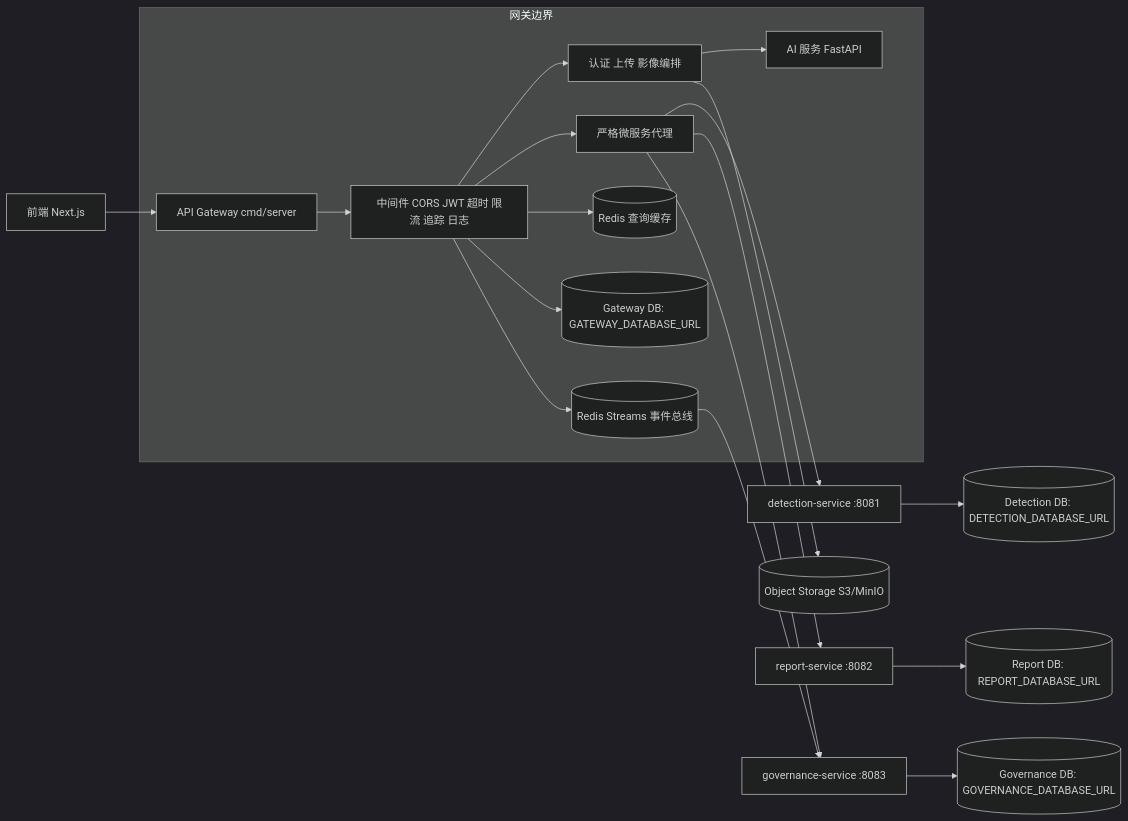
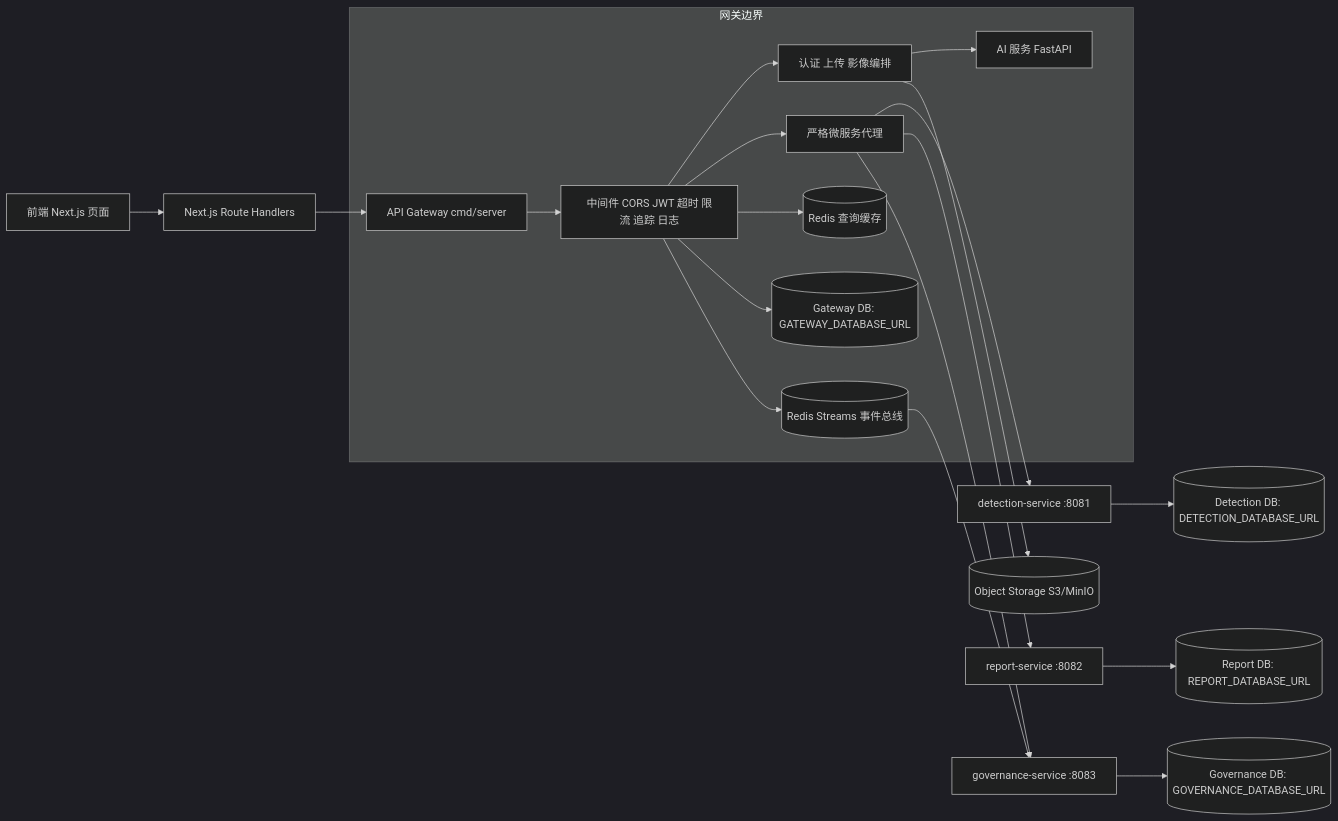
Before and after one commit to laixinyu/cancer-detection-system: the first of 3 diagrams in backend-go/MICROSERVICES.md, drawn with Mermaid (dark theme). The commit also changed other lines of this file, not shown here.

Commit message:
docs(backend-go): add BFF layer to microservices architecture diagrams

````diff
--- a/backend-go/MICROSERVICES.md
+++ b/backend-go/MICROSERVICES.md
@@ -12,24 +12,25 @@
 ```mermaid
 graph LR
-  FE[前端 Next.js] --> GW[API Gateway cmd/server]
+  FE[前端 Next.js 页面] --> BFF[Next.js Route Handlers]
+  BFF --> GW[API Gateway cmd/server]
 
   subgraph GatewayBoundary[网关边界]
     GW --> MW[中间件 CORS JWT 超时 限流 追踪 日志]
     MW --> ORCH[认证 上传 影像编排]
     MW --> PROXY[严格微服务代理]
     ORCH --> AI[AI 服务 FastAPI]
     MW --> CACHE[(Redis 查询缓存)]
     MW --> GDB[(Gateway DB: GATEWAY_DATABASE_URL)]
     MW --> BUS[(Redis Streams 事件总线)]
   end
 
   PROXY --> DET[detection-service :8081]
   PROXY --> REP[report-service :8082]
   PROXY --> GOV[governance-service :8083]
 
   DET --> DDB[(Detection DB: DETECTION_DATABASE_URL)]
   REP --> RDB[(Report DB: REPORT_DATABASE_URL)]
   GOV --> VDB[(Governance DB: GOVERNANCE_DATABASE_URL)]
   ORCH --> OBJ[(Object Storage S3/MinIO)]
   BUS --> GOV
 ```
````
